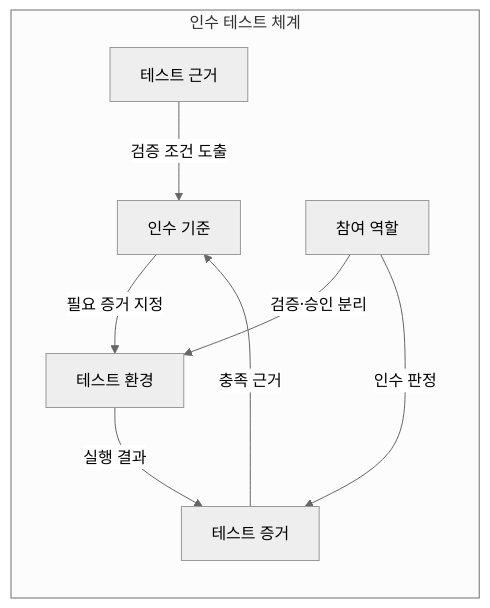
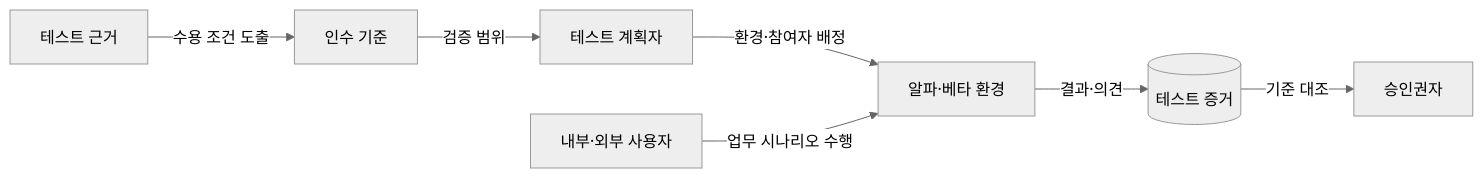
One commit to agnusdei1207/knowledge-base changed the first of 2 diagrams in src/content/docs/notes/03-software/062_alpha_beta_acceptance_testing.md. Above: the diagram before and after it, drawn with Mermaid (neutral theme). The commit also changed other lines of this file and 7 other files, not shown here.

````diff
--- a/src/content/docs/notes/03-software/062_alpha_beta_acceptance_testing.md
+++ b/src/content/docs/notes/03-software/062_alpha_beta_acceptance_testing.md
@@ -54,16 +54,9 @@
 ```mermaid
 flowchart LR
-    subgraph A[인수 테스트 체계]
-        B[테스트 근거]
-        C[인수 기준]
-        P[참여 역할]
-        E[테스트 환경]
-        R[테스트 증거]
-        B -->|검증 조건 도출| C
-        C -->|필요 증거 지정| E
-        P -->|검증·승인 분리| E
-        E -->|실행 결과| R
-        R -->|충족 근거| C
-        P -->|인수 판정| R
-    end
+    B[테스트 근거] -->|수용 조건 도출| C[인수 기준]
+    C -->|검증 범위| P[테스트 계획자]
+    P -->|환경·참여자 배정| E[알파·베타 환경]
+    U[내부·외부 사용자] -->|업무 시나리오 수행| E
+    E -->|결과·의견| R[(테스트 증거)]
+    R -->|기준 대조| A[승인권자]
 ```
````
